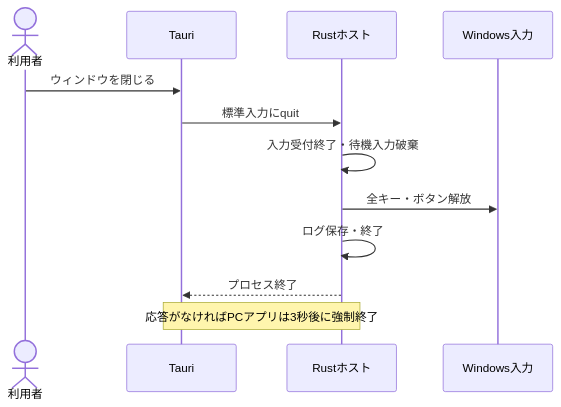
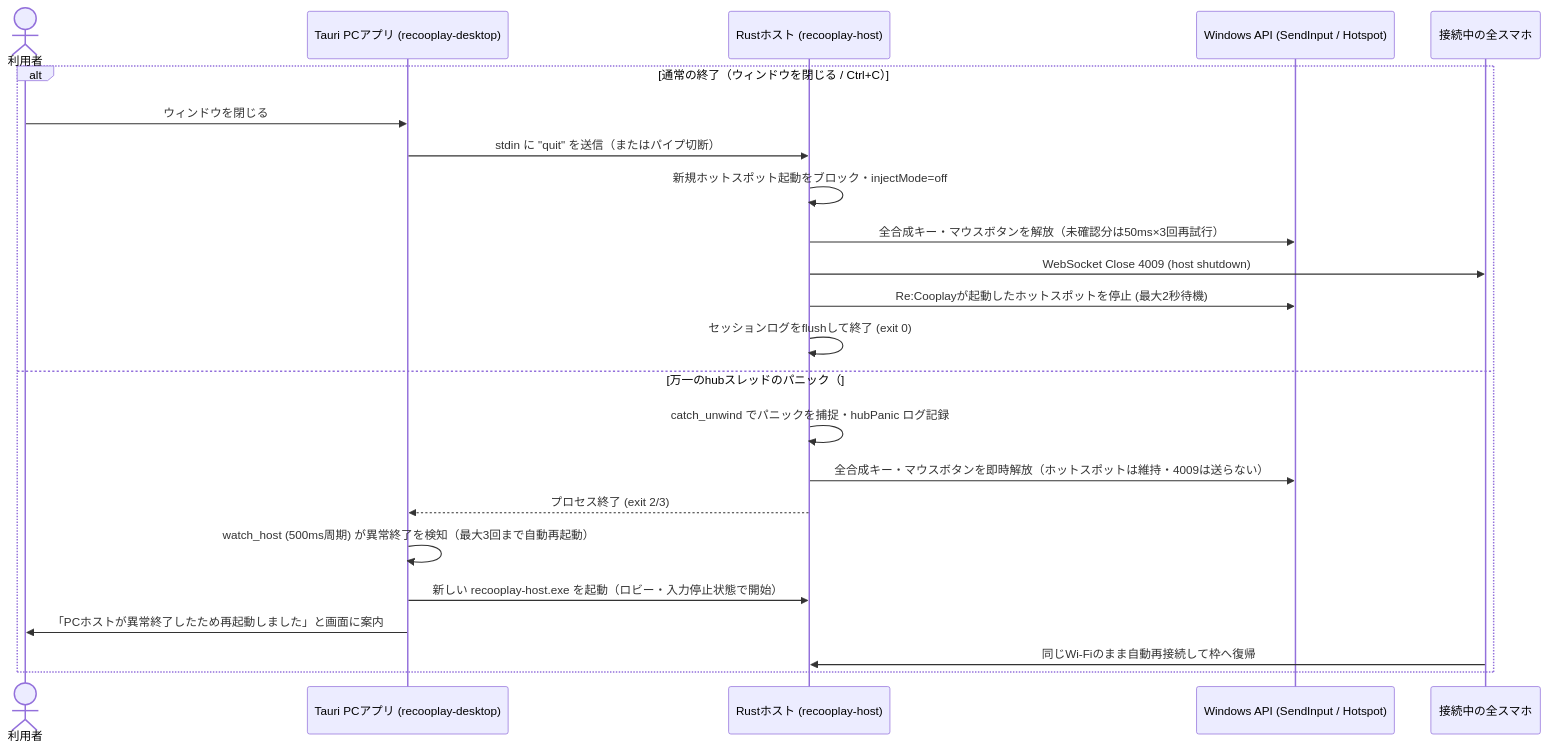
One commit to jphacks/kz_2613 changed the third of 4 diagrams in docs/host-specification.md. Above: the diagram before and after it, drawn with Mermaid. The commit also changed other lines of this file and 10 other files, not shown here.

````diff
--- a/docs/host-specification.md
+++ b/docs/host-specification.md
@@ -176,14 +200,26 @@
 ```mermaid
 sequenceDiagram
     actor User as 利用者
-    participant Desktop as Tauri
-    participant Host as Rustホスト
-    participant Input as Windows入力
-    User->>Desktop: ウィンドウを閉じる
-    Desktop->>Host: 標準入力にquit
-    Host->>Host: 入力受付終了・待機入力破棄
-    Host->>Input: 全キー・ボタン解放
-    Host->>Host: ログ保存・終了
-    Host-->>Desktop: プロセス終了
-    Note over Desktop,Host: 応答がなければPCアプリは3秒後に強制終了
+    participant Desktop as Tauri PCアプリ (recooplay-desktop)
+    participant Host as Rustホスト (recooplay-host)
+    participant Win as Windows API (SendInput / Hotspot)
+    participant Phones as 接続中の全スマホ
+
+    alt 通常の終了（ウィンドウを閉じる / Ctrl+C）
+        User->>Desktop: ウィンドウを閉じる
+        Desktop->>Host: stdin に "quit" を送信（またはパイプ切断）
+        Host->>Host: 新規ホットスポット起動をブロック・injectMode=off
+        Host->>Win: 全合成キー・マウスボタンを解放（未確認分は50ms×3回再試行）
+        Host->>Phones: WebSocket Close 4009 (host shutdown)
+        Host->>Win: Re:Cooplayが起動したホットスポットを停止 (最大2秒待機)
+        Host->>Host: セッションログをflushして終了 (exit 0)
+    else 万一のhubスレッドのパニック（#222・#517・#522）
+        Host->>Host: catch_unwind でパニックを捕捉・hubPanic ログ記録
+        Host->>Win: 全合成キー・マウスボタンを即時解放（ホットスポットは維持・4009は送らない）
+        Host-->>Desktop: プロセス終了 (exit 2/3)
+        Desktop->>Desktop: watch_host (500ms周期) が異常終了を検知（最大3回まで自動再起動）
+        Desktop->>Host: 新しい recooplay-host.exe を起動（ロビー・入力停止状態で開始）
+        Desktop->>User: 「PCホストが異常終了したため再起動しました」と画面に案内
+        Phones->>Host: 同じWi-Fiのまま自動再接続して枠へ復帰
+    end
 ```
````
